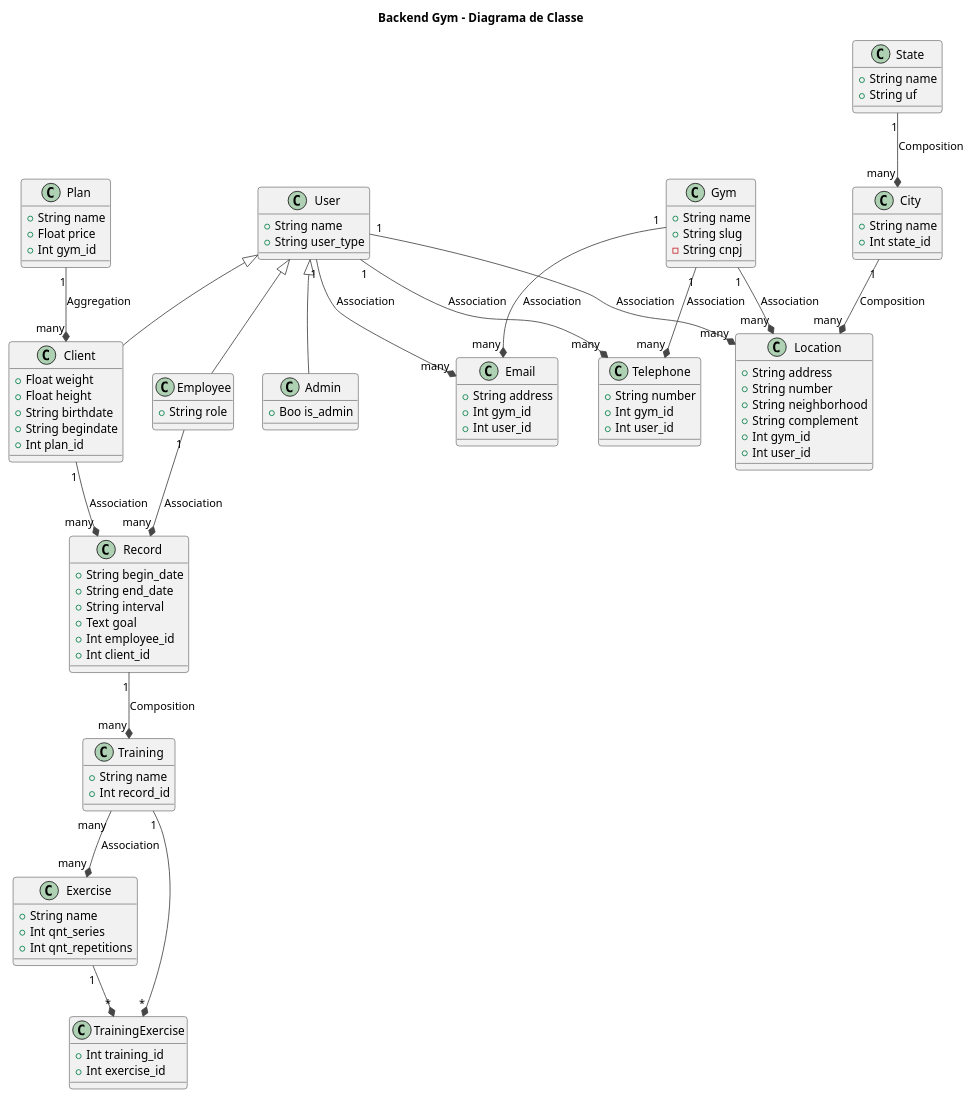
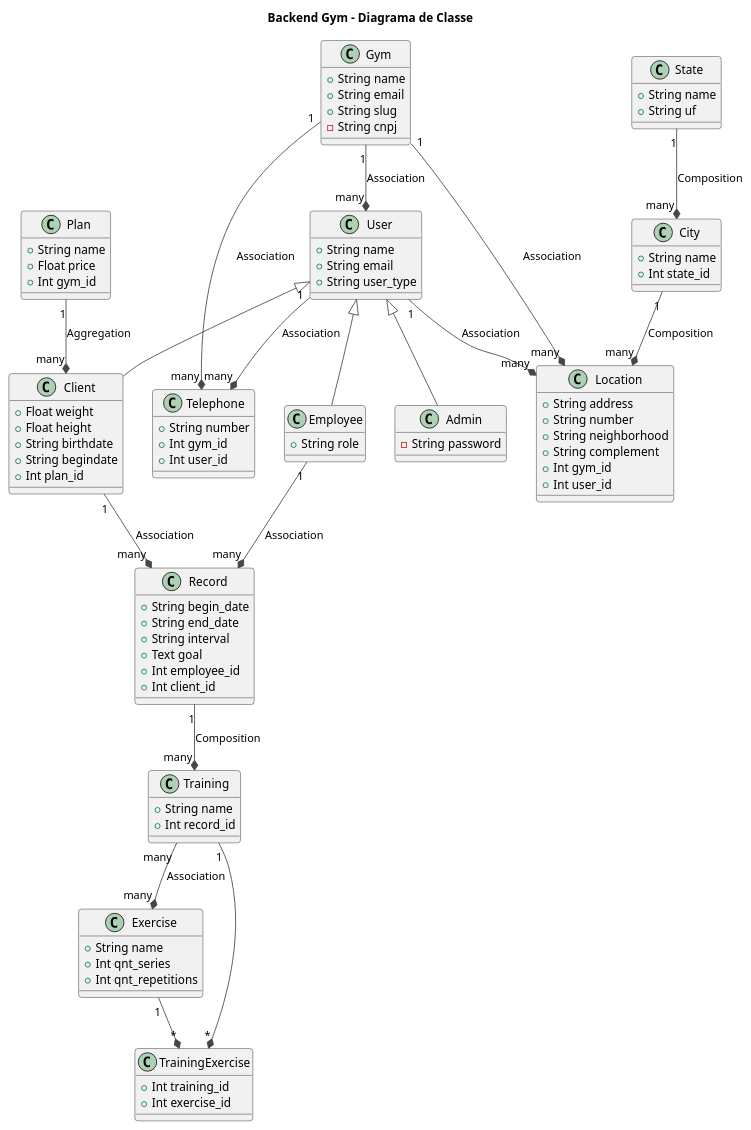
One commit to Luiz-Bernardes/backend-gym changed the diagram in docs/class_diagram.md. Above: the diagram before and after it, drawn with PlantUML. The commit also changed 49 other files, not shown here.

Commit message:
add devise auth token and change email association to fields

```diff
--- a/docs/class_diagram.md
+++ b/docs/class_diagram.md
@@ -9,14 +9,9 @@
 
 class Gym {
   +String name
+  +String email
   +String slug
   -String cnpj
-}
-
-class Email {
-  +String address
-  +Int gym_id
-  +Int user_id
 }
 
 class Telephone {
@@ -46,11 +41,12 @@
 
 class User {
   +String name
+  +String email
   +String user_type
 }
 
 class Admin extends User {
-   +Boo is_admin
+   -String password
 }
 
 class Client extends User {
@@ -96,12 +92,12 @@
   +Int exercise_id
 }
 
-Email "many" *-up- "1" Gym: Association
+
+User "many" *-up- "1" Gym: Association
 Telephone "many" *-up- "1" Gym: Association
 Location "many" *-up- "1" Gym: Association
 City "many" *-up- "1" State: Composition
 Location "many" *-up- "1" City: Composition
-Email "many" *-up- "1" User: Association
 Telephone "many" *-up- "1" User: Association
 Location "many" *-up- "1" User: Association
 Client "many" *-up- "1" Plan: Aggregation
```
